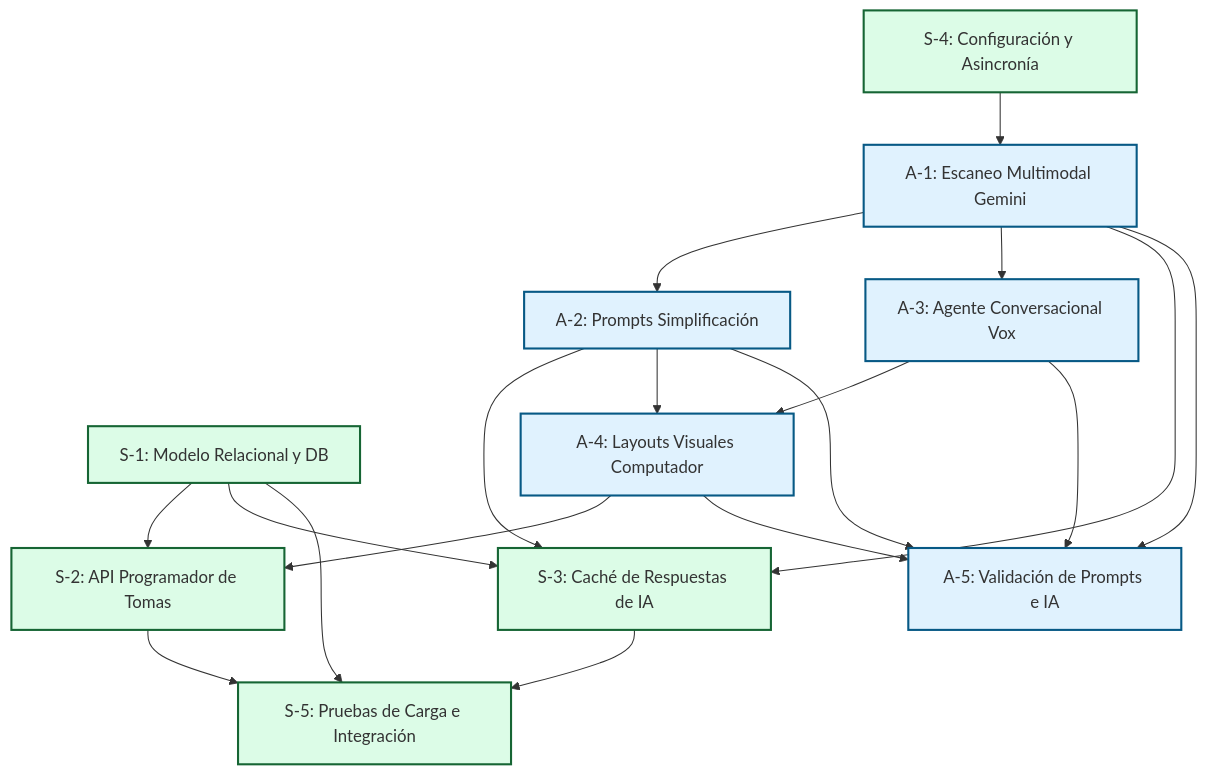
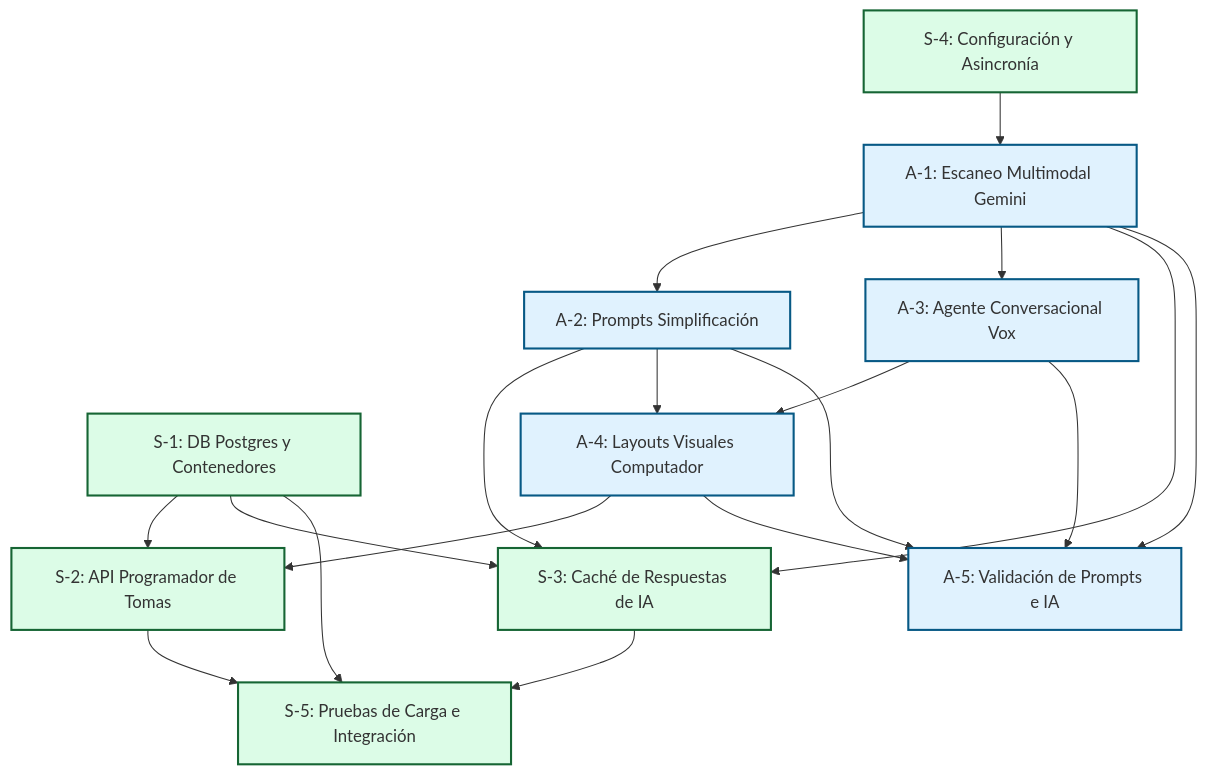
Before and after one commit to nadevrix/PHARMAVOX: the diagram in docs/planning/team_tasks.md, drawn with Mermaid. The commit also changed other lines of this file and 15 other files, not shown here.

````diff
--- a/docs/planning/team_tasks.md
+++ b/docs/planning/team_tasks.md
@@ -18,48 +18,48 @@
 ```mermaid
 graph TD
     %% Tareas de Sergio
-    S1[S-1: Modelo Relacional y DB]
+    S1[S-1: DB Postgres y Contenedores]
     S2[S-2: API Programador de Tomas]
     S3[S-3: Caché de Respuestas de IA]
     S4[S-4: Configuración y Asincronía]
     S5[S-5: Pruebas de Carga e Integración]
 
     %% Tareas de Alejandro
     A1[A-1: Escaneo Multimodal Gemini]
     A2[A-2: Prompts Simplificación]
     A3[A-3: Agente Conversacional Vox]
     A4[A-4: Layouts Visuales Computador]
     A5[A-5: Validación de Prompts e IA]
 
     %% Flujos de Dependencia
     S4 --> A1
     S1 --> S2
     S1 --> S3
     A4 --> S2
     A1 --> A2
     A1 --> A3
     A1 --> S3
     A2 --> S3
     A2 --> A4
     A3 --> A4
     S1 --> S5
     S2 --> S5
     S3 --> S5
     A1 --> A5
     A2 --> A5
     A3 --> A5
     A4 --> A5
 
     %% Colores para distinguir roles
     style S1 fill:#dcfce7,stroke:#166534,stroke-width:2px
     style S2 fill:#dcfce7,stroke:#166534,stroke-width:2px
     style S3 fill:#dcfce7,stroke:#166534,stroke-width:2px
     style S4 fill:#dcfce7,stroke:#166534,stroke-width:2px
     style S5 fill:#dcfce7,stroke:#166534,stroke-width:2px
     
     style A1 fill:#e0f2fe,stroke:#075985,stroke-width:2px
     style A2 fill:#e0f2fe,stroke:#075985,stroke-width:2px
     style A3 fill:#e0f2fe,stroke:#075985,stroke-width:2px
     style A4 fill:#e0f2fe,stroke:#075985,stroke-width:2px
     style A5 fill:#e0f2fe,stroke:#075985,stroke-width:2px
 ```
````
